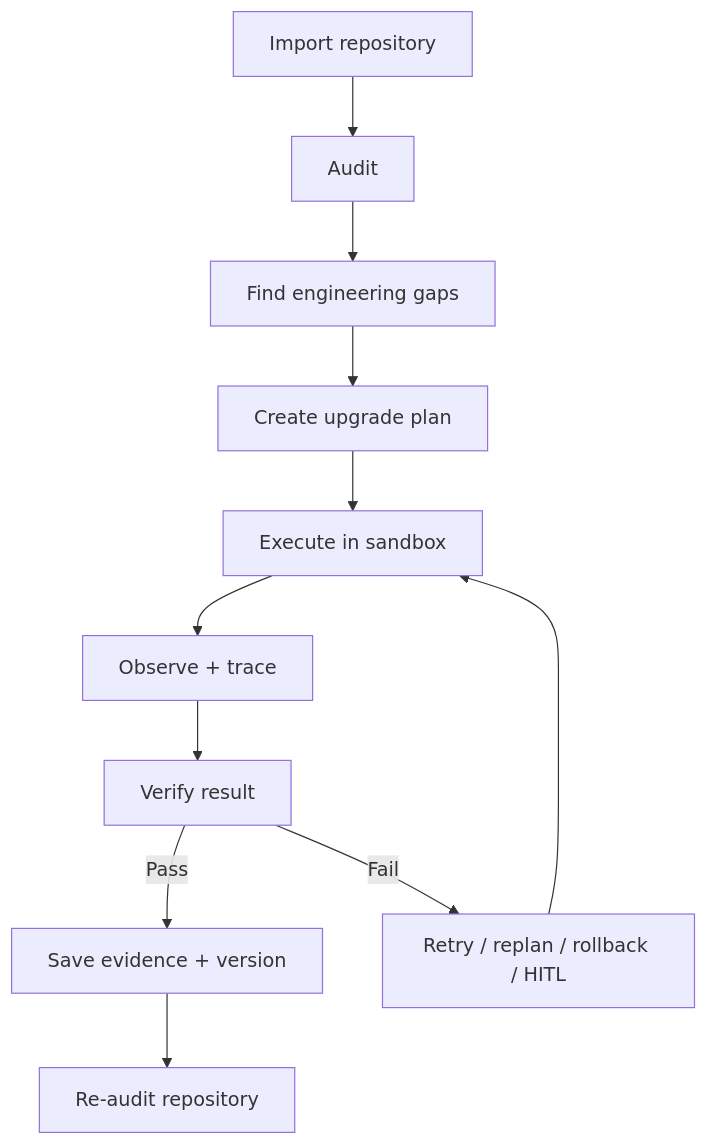
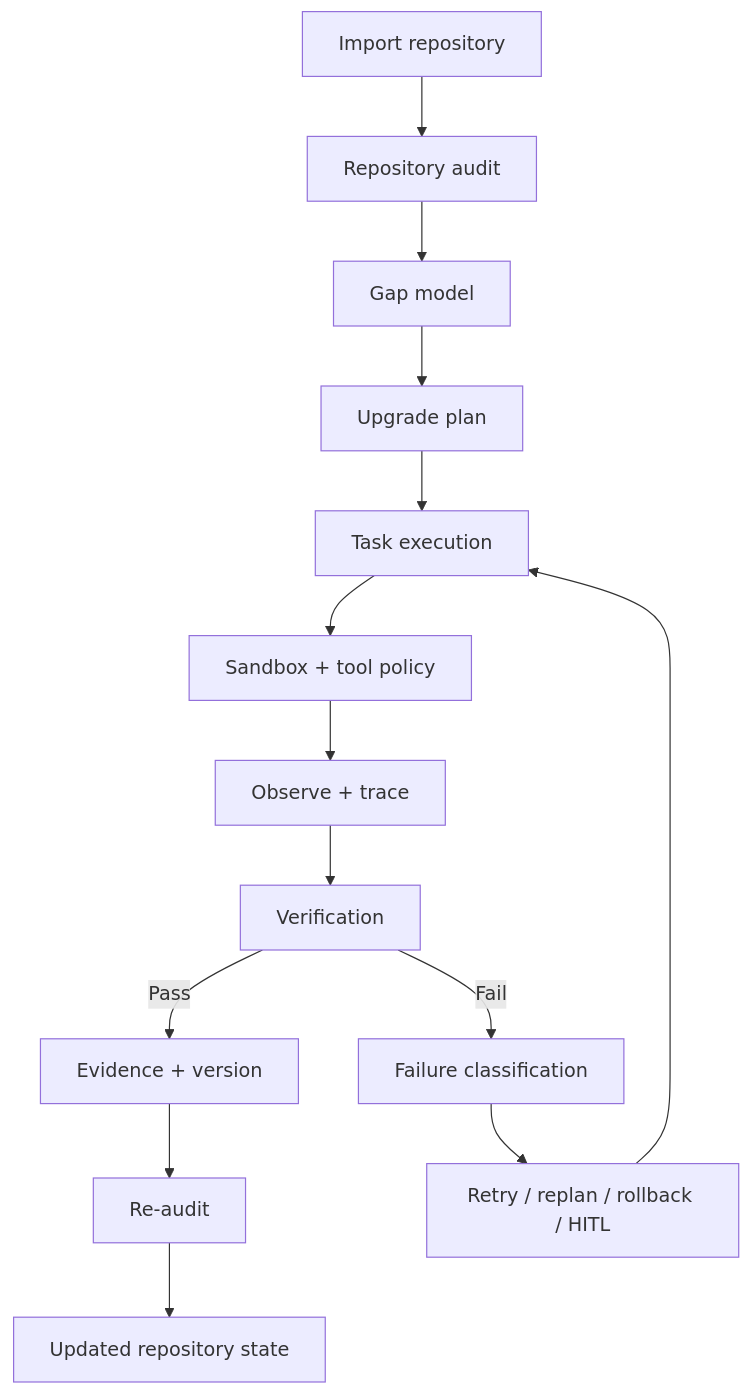
One commit to Benjamindaoson/ai-engineering-project-os changed the diagram in README.md. Above: the diagram before and after it, drawn with Mermaid. The commit also changed other lines of this file, not shown here.

Commit message:
Expand README with detailed product and architecture guide

````diff
--- a/README.md
+++ b/README.md
@@ -181,13 +790,16 @@
 ```mermaid
 flowchart TD
-    A["Import repository"] --> B["Audit"]
-    B --> C["Find engineering gaps"]
-    C --> D["Create upgrade plan"]
-    D --> E["Execute in sandbox"]
-    E --> F["Observe + trace"]
-    F --> G["Verify result"]
-    G -->|Pass| H["Save evidence + version"]
-    G -->|Fail| I["Retry / replan / rollback / HITL"]
-    I --> E
-    H --> J["Re-audit repository"]
+    A["Import repository"] --> B["Repository audit"]
+    B --> C["Gap model"]
+    C --> D["Upgrade plan"]
+    D --> E["Task execution"]
+    E --> F["Sandbox + tool policy"]
+    F --> G["Observe + trace"]
+    G --> H["Verification"]
+    H -->|Pass| I["Evidence + version"]
+    H -->|Fail| J["Failure classification"]
+    J --> K["Retry / replan / rollback / HITL"]
+    K --> E
+    I --> L["Re-audit"]
+    L --> M["Updated repository state"]
 ```
````
